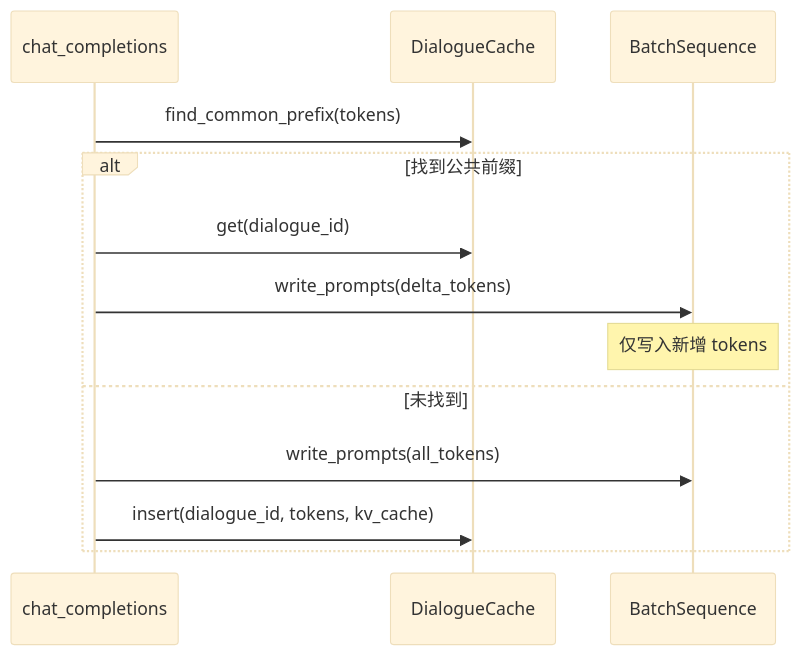
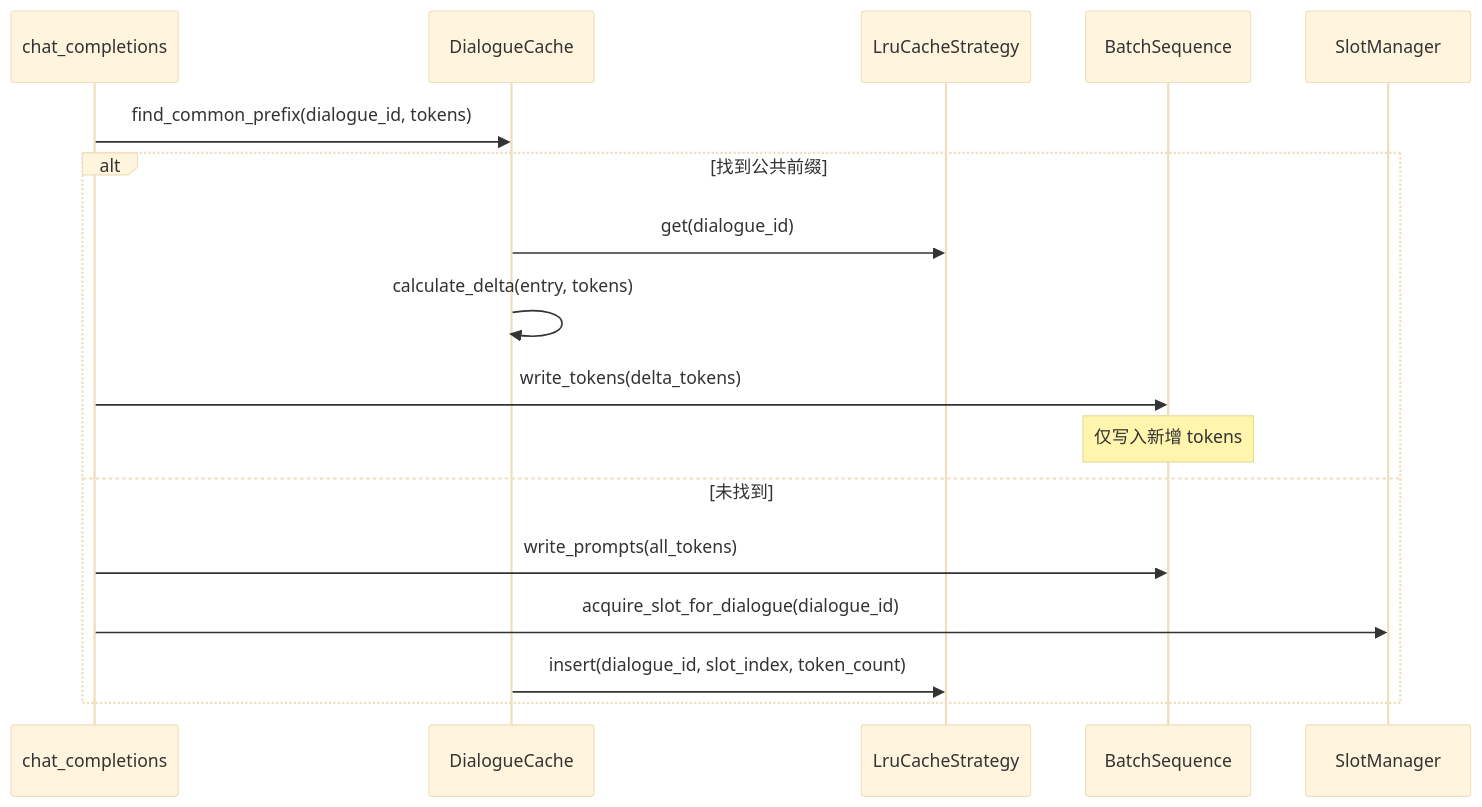
One commit to lucienhuangfu/eLLM changed the second of 2 diagrams in docs/design/runtime/dialogue_cache.md. Above: the diagram before and after it, drawn with Mermaid (base theme). The commit also changed other lines of this file and 8 other files, not shown here.

First line of the commit message:
Add dialogue cache, LRU strategy, and slot manager

````diff
--- a/docs/design/runtime/dialogue_cache.md
+++ b/docs/design/runtime/dialogue_cache.md
@@ -124,16 +204,20 @@
 ```mermaid
 sequenceDiagram
     participant Handler as chat_completions
     participant Cache as DialogueCache
+    participant Strategy as LruCacheStrategy
     participant BatchSeq as BatchSequence
+    participant SlotMgr as SlotManager
 
-    Handler->>Cache: find_common_prefix(tokens)
+    Handler->>Cache: find_common_prefix(dialogue_id, tokens)
     alt 找到公共前缀
-        Handler->>Cache: get(dialogue_id)
-        Handler->>BatchSeq: write_prompts(delta_tokens)
+        Cache->>Strategy: get(dialogue_id)
+        Cache->>Cache: calculate_delta(entry, tokens)
+        Handler->>BatchSeq: write_tokens(delta_tokens)
         Note over BatchSeq: 仅写入新增 tokens
     else 未找到
         Handler->>BatchSeq: write_prompts(all_tokens)
-        Handler->>Cache: insert(dialogue_id, tokens, kv_cache)
+        Handler->>SlotMgr: acquire_slot_for_dialogue(dialogue_id)
+        Cache->>Strategy: insert(dialogue_id, slot_index, token_count)
     end
 ```
````
